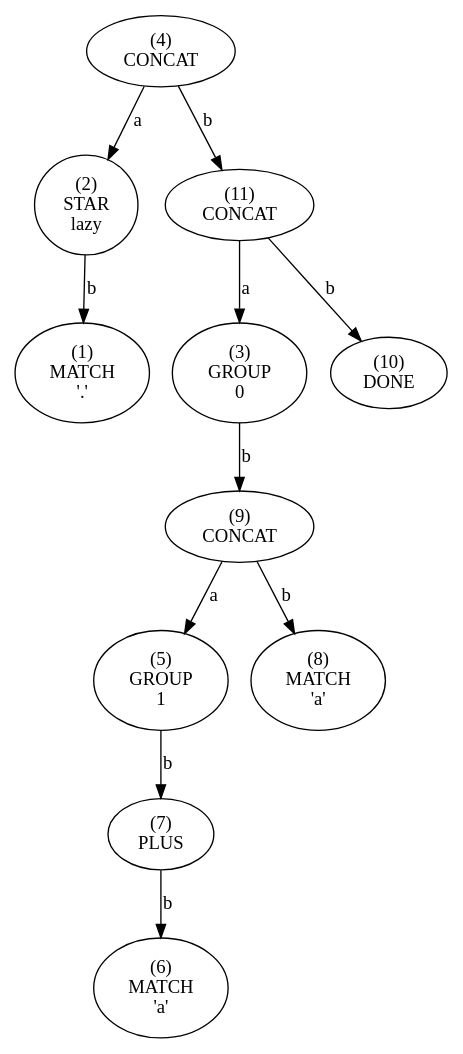
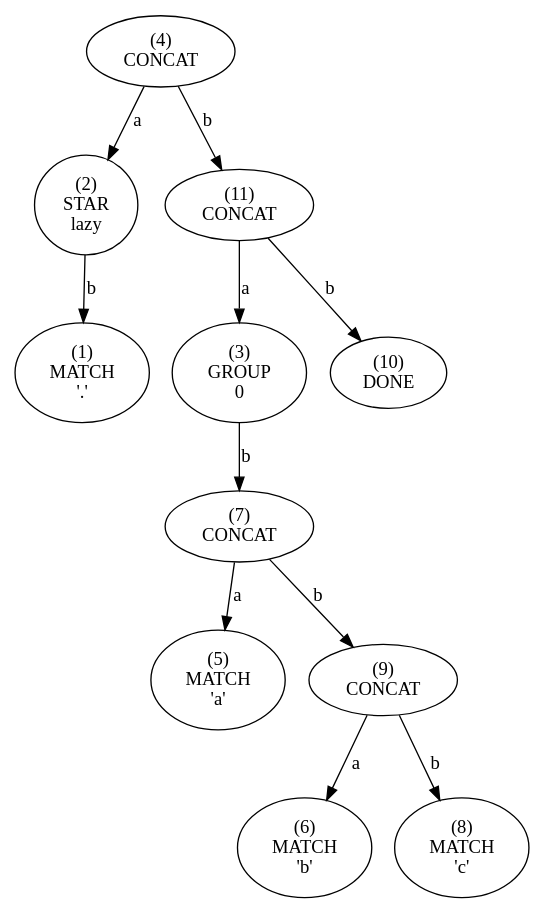
One commit to essele/rele changed the diagram in tree.dot. Above: the diagram before and after it, drawn with Graphviz. The commit also changed 3 other files, not shown here.

```diff
--- a/tree.dot
+++ b/tree.dot
@@ -1,45 +1,45 @@
 digraph tree {
-    n0xc19a6b425330 [label="(4)
+    n0x4a8f0d0 [label="(4)
 CONCAT
 "];
-    n0xc19a6b425330 -> n0xc19a6b4252f0 [label="a"];
-    n0xc19a6b4252f0 [label="(2)
+    n0x4a8f0d0 -> n0x4a8f090 [label="a"];
+    n0x4a8f090 [label="(2)
 STAR
 lazy"];
-    n0xc19a6b4252f0 -> n0xc19a6b4252d0 [label="b"];
-    n0xc19a6b4252d0 [label="(1)
+    n0x4a8f090 -> n0x4a8f070 [label="b"];
+    n0x4a8f070 [label="(1)
 MATCH
 '.'"];
-    n0xc19a6b425330 -> n0xc19a6b425410 [label="b"];
-    n0xc19a6b425410 [label="(11)
+    n0x4a8f0d0 -> n0x4a8f1b0 [label="b"];
+    n0x4a8f1b0 [label="(11)
 CONCAT
 "];
-    n0xc19a6b425410 -> n0xc19a6b425310 [label="a"];
-    n0xc19a6b425310 [label="(3)
+    n0x4a8f1b0 -> n0x4a8f0b0 [label="a"];
+    n0x4a8f0b0 [label="(3)
 GROUP
 0"];
-    n0xc19a6b425310 -> n0xc19a6b4253d0 [label="b"];
-    n0xc19a6b4253d0 [label="(9)
+    n0x4a8f0b0 -> n0x4a8f130 [label="b"];
+    n0x4a8f130 [label="(7)
 CONCAT
 "];
-    n0xc19a6b4253d0 -> n0xc19a6b425350 [label="a"];
-    n0xc19a6b425350 [label="(5)
-GROUP
-1"];
-    n0xc19a6b425350 -> n0xc19a6b425390 [label="b"];
-    n0xc19a6b425390 [label="(7)
-PLUS
-"];
-    n0xc19a6b425390 -> n0xc19a6b425370 [label="b"];
-    n0xc19a6b425370 [label="(6)
+    n0x4a8f130 -> n0x4a8f0f0 [label="a"];
+    n0x4a8f0f0 [label="(5)
 MATCH
 'a'"];
-    n0xc19a6b4253d0 -> n0xc19a6b4253b0 [label="b"];
-    n0xc19a6b4253b0 [label="(8)
+    n0x4a8f130 -> n0x4a8f170 [label="b"];
+    n0x4a8f170 [label="(9)
+CONCAT
+"];
+    n0x4a8f170 -> n0x4a8f110 [label="a"];
+    n0x4a8f110 [label="(6)
 MATCH
-'a'"];
-    n0xc19a6b425410 -> n0xc19a6b4253f0 [label="b"];
-    n0xc19a6b4253f0 [label="(10)
+'b'"];
+    n0x4a8f170 -> n0x4a8f150 [label="b"];
+    n0x4a8f150 [label="(8)
+MATCH
+'c'"];
+    n0x4a8f1b0 -> n0x4a8f190 [label="b"];
+    n0x4a8f190 [label="(10)
 DONE
 "];
 }
```
